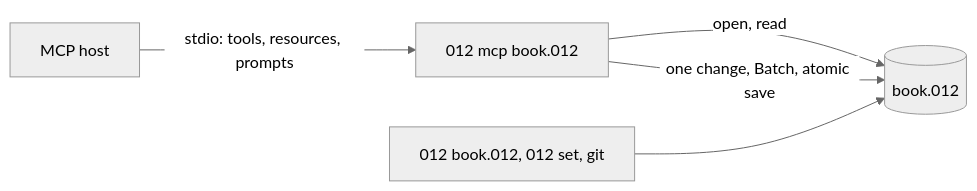
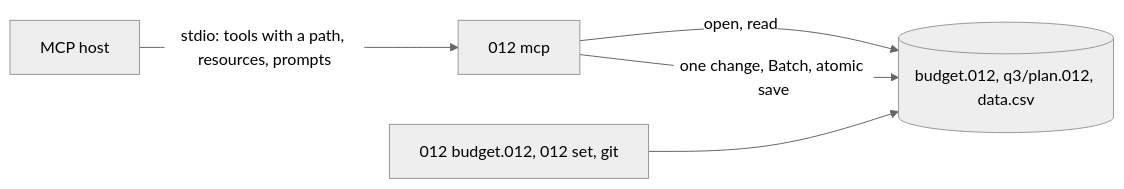
Before and after one commit to FelineStateMachine/012: the diagram in docs/agents/mcp.md, drawn with Mermaid (neutral theme). The commit also changed other lines of this file and 8 other files, not shown here.

First line of the commit message:
Docs, skill and prompts: one 012 mcp for every workbook

````diff
--- a/docs/agents/mcp.md
+++ b/docs/agents/mcp.md
@@ -16,7 +17,7 @@
 ```mermaid
 flowchart LR
-  host[MCP host] -- "stdio: tools, resources, prompts" --> server["012 mcp book.012"]
-  server -- "open, read" --> file[(book.012)]
+  host[MCP host] -- "stdio: tools with a path, resources, prompts" --> server["012 mcp"]
+  server -- "open, read" --> file[("budget.012, q3/plan.012, data.csv")]
   server -- "one change, Batch, atomic save" --> file
-  person["012 book.012, 012 set, git"] --> file
+  person["012 budget.012, 012 set, git"] --> file
 ```
````
